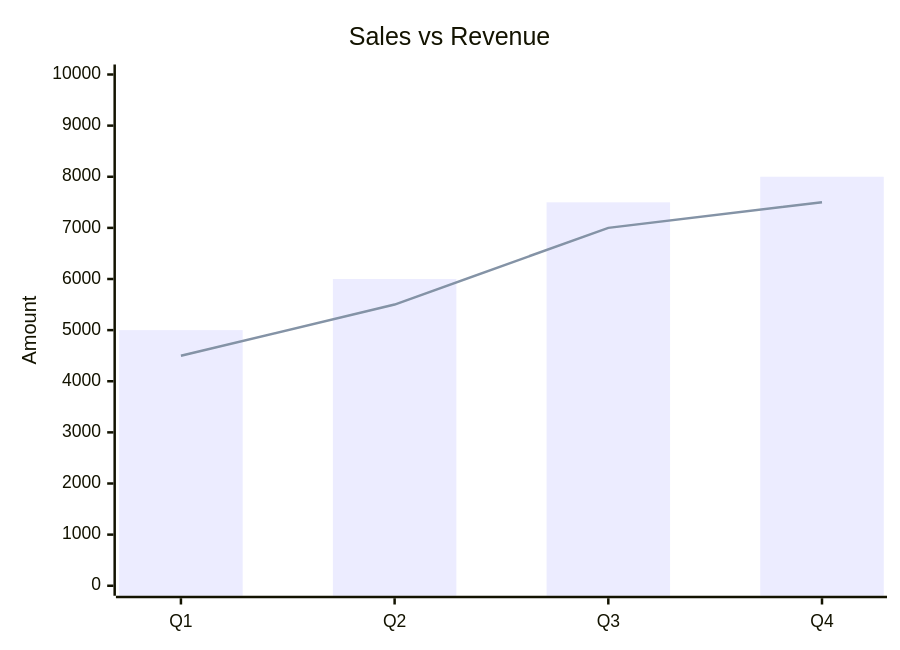
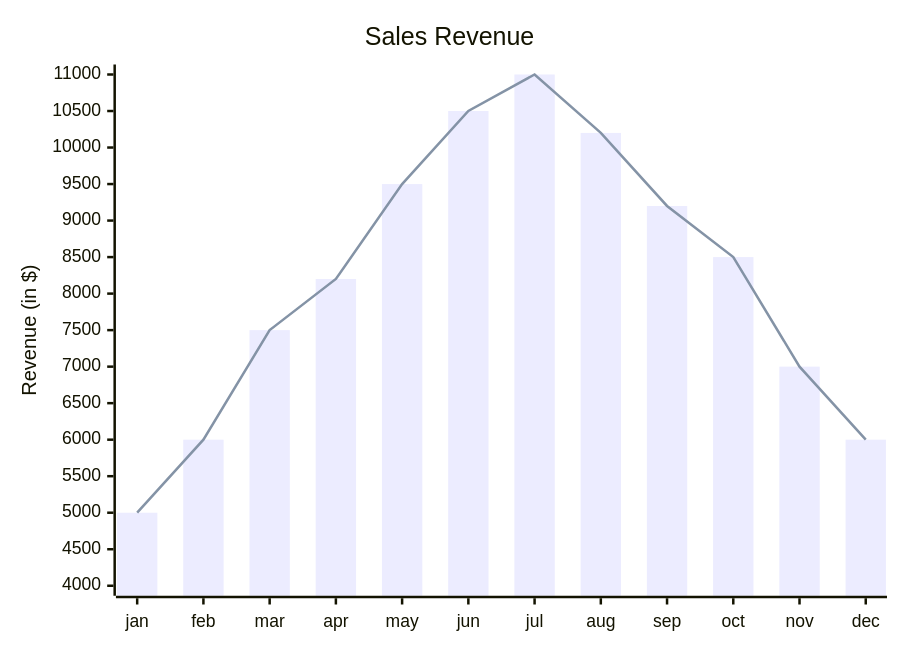
One commit to teachingai/full-stack-skills changed the fourth of 9 diagrams in skills/mermaid/examples/xychart.md. Above: the diagram before and after it, drawn with Mermaid. The commit also changed other lines of this file and 21 other files, not shown here.

First line of the commit message:
docs(mermaid): 更新架构、块、C4和类图示例文档

````diff
--- a/skills/mermaid/examples/xychart.md
+++ b/skills/mermaid/examples/xychart.md
@@ -53,8 +62,8 @@
 ```mermaid
 xychart
-    title "Sales vs Revenue"
-    x-axis [Q1, Q2, Q3, Q4]
-    y-axis "Amount" 0 --> 10000
-    bar [5000, 6000, 7500, 8000]
-    line [4500, 5500, 7000, 7500]
+    title "Sales Revenue"
+    x-axis [jan, feb, mar, apr, may, jun, jul, aug, sep, oct, nov, dec]
+    y-axis "Revenue (in $)" 4000 --> 11000
+    bar [5000, 6000, 7500, 8200, 9500, 10500, 11000, 10200, 9200, 8500, 7000, 6000]
+    line [5000, 6000, 7500, 8200, 9500, 10500, 11000, 10200, 9200, 8500, 7000, 6000]
 ```
````
